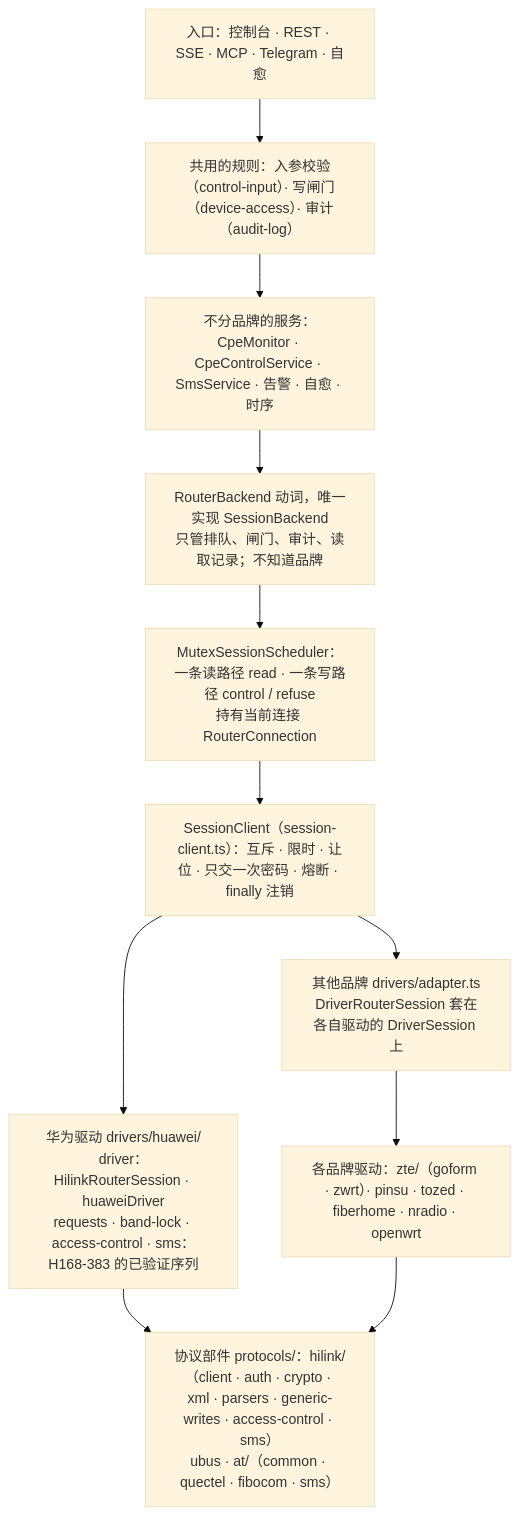
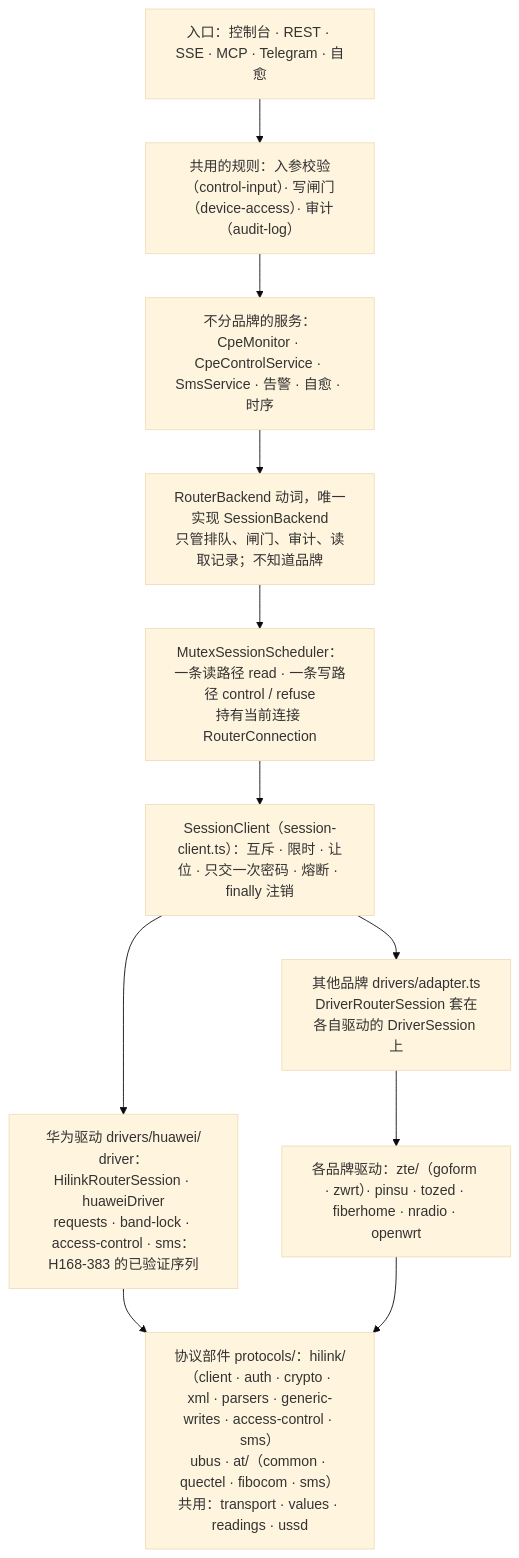
Before and after one commit to cky008/cpe-dash: the fourth of 4 diagrams in docs/dev/architecture.md, drawn with Mermaid (base theme). The commit also changed other lines of this file and 1 other file, not shown here.

````diff
--- a/docs/dev/architecture.md
+++ b/docs/dev/architecture.md
@@ -556,13 +556,13 @@
 ```mermaid
 flowchart TD
     E["入口：控制台 · REST · SSE · MCP · Telegram · 自愈"] --> R["共用的规则：入参校验（control-input）· 写闸门（device-access）· 审计（audit-log）"]
     R --> S["不分品牌的服务：CpeMonitor · CpeControlService · SmsService · 告警 · 自愈 · 时序"]
     S --> B["RouterBackend 动词，唯一实现 SessionBackend<br/>只管排队、闸门、审计、读取记录；不知道品牌"]
     B --> Q["MutexSessionScheduler：一条读路径 read · 一条写路径 control / refuse<br/>持有当前连接 RouterConnection"]
     Q --> C["SessionClient（session-client.ts）：互斥 · 限时 · 让位 · 只交一次密码 · 熔断 · finally 注销"]
     C --> D1["华为驱动 drivers/huawei/<br/>driver：HilinkRouterSession · huaweiDriver<br/>requests · band-lock · access-control · sms：H168-383 的已验证序列"]
     C --> D2["其他品牌 drivers/adapter.ts<br/>DriverRouterSession 套在各自驱动的 DriverSession 上"]
     D2 --> P2["各品牌驱动：zte/（goform · zwrt）· pinsu · tozed · fiberhome · nradio · openwrt"]
-    D1 --> K["协议部件 protocols/：hilink/（client · auth · crypto · xml · parsers · generic-writes · access-control · sms）<br/>ubus · at/（common · quectel · fibocom · sms）"]
+    D1 --> K["协议部件 protocols/：hilink/（client · auth · crypto · xml · parsers · generic-writes · access-control · sms）<br/>ubus · at/（common · quectel · fibocom · sms）<br/>共用：transport · values · readings · ussd"]
     P2 --> K
 ```
````
